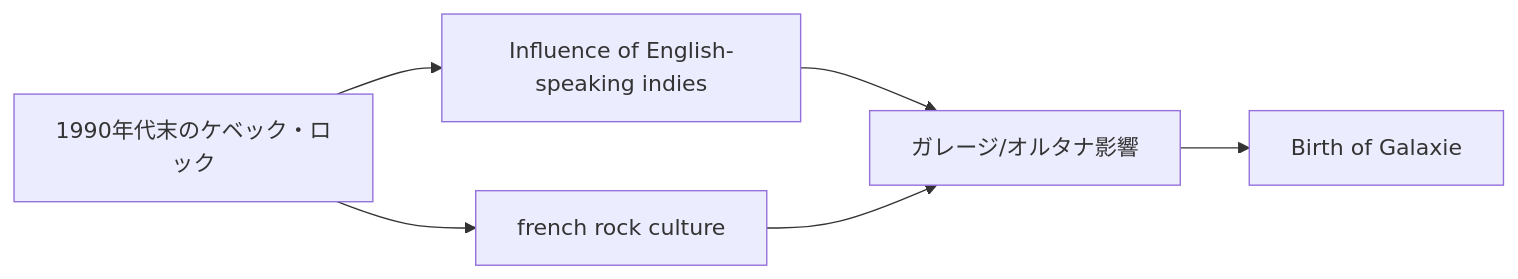
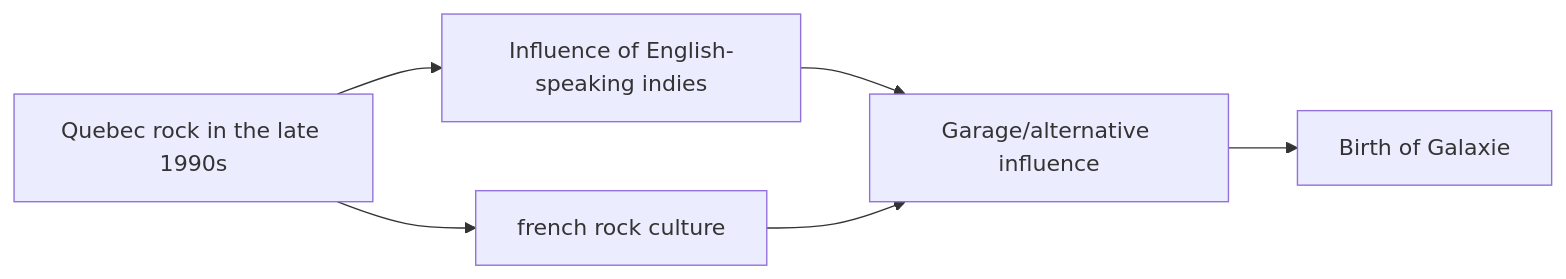
Before and after one commit to monumental-movement/monumental-movement.github.io: the first of 8 diagrams in en/_posts/2026-05-07-column-galaxie.md, drawn with Mermaid. The commit also changed other lines of this file and 851 other files, not shown here.

```diff
--- a/en/_posts/2026-05-07-column-galaxie.md
+++ b/en/_posts/2026-05-07-column-galaxie.md
@@ -74,8 +74,8 @@
 <div class="mermaid">
 graph LR
-A[1990年代末のケベック・ロック] --> B[Influence of English-speaking indies]
+A[Quebec rock in the late 1990s] --> B[Influence of English-speaking indies]
 A --> C[french rock culture]
-B --> D[ガレージ/オルタナ影響]
+B --> D[Garage/alternative influence]
 C --> D
 D --> E[Birth of Galaxie]
 </div>
```
